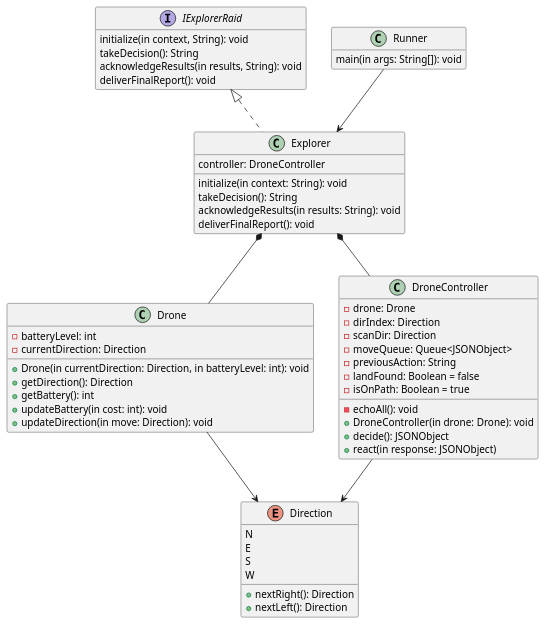
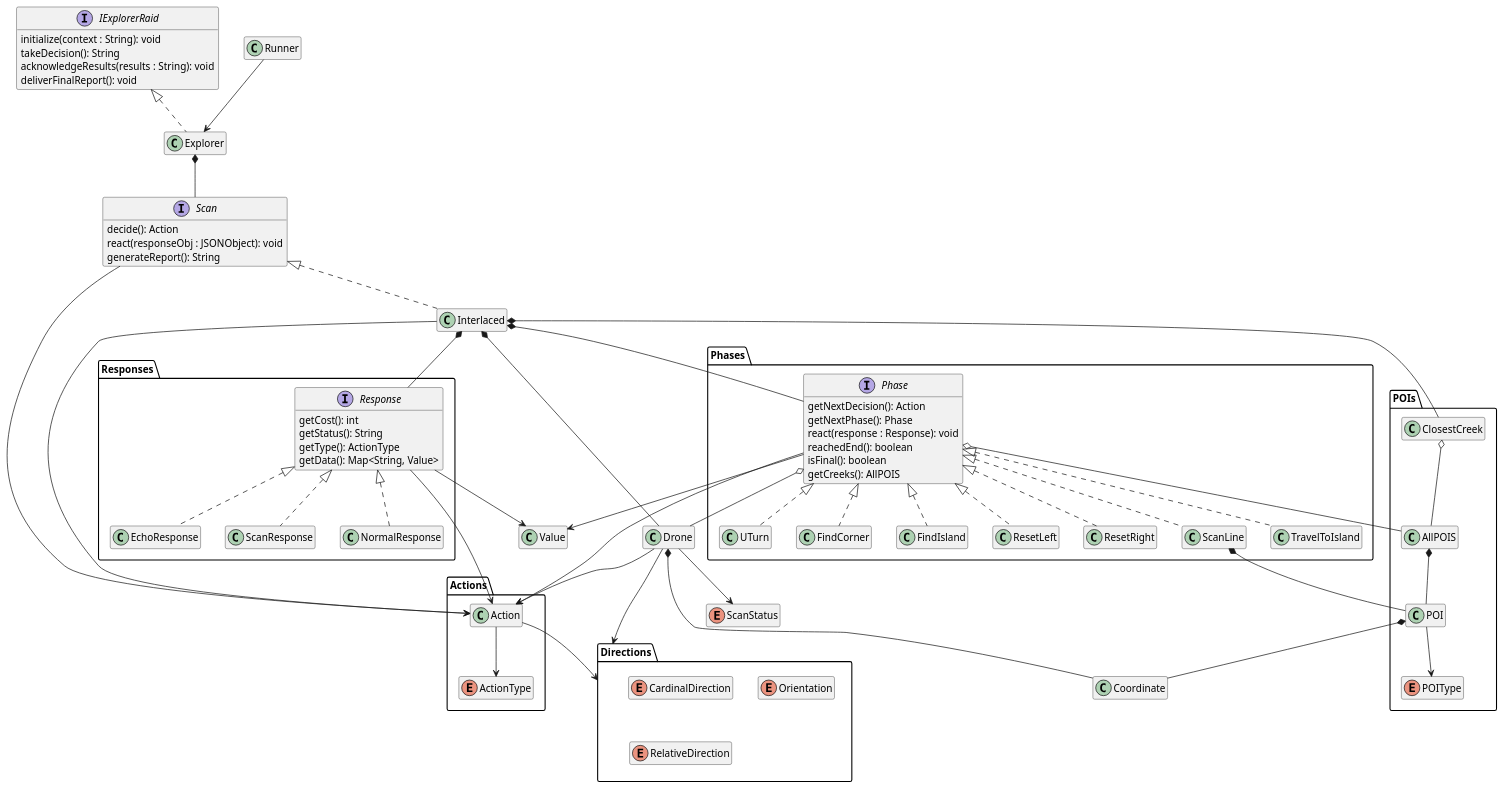
One commit to vikramC04/island-rescue-mission changed the diagram in src/plantuml/class.plantuml. Above: the diagram before and after it, drawn with PlantUML. The commit also changed 26 other files, not shown here.

Commit message:
Created uml diagrams and refactored some packages

```diff
--- a/src/plantuml/class.plantuml
+++ b/src/plantuml/class.plantuml
@@ -1,62 +1,111 @@
 @startuml Class Diagram
 
 interface IExplorerRaid {
-    initialize(in context, String): void
+    initialize(context : String): void
     takeDecision(): String
-    acknowledgeResults(in results, String): void
-    deliverFinalReport(): void
-}
-class Runner {
-    main(in args: String[]): void
-}
-
-class Explorer {
-    controller: DroneController
-    initialize(in context: String): void
-    takeDecision(): String
-    acknowledgeResults(in results: String): void
+    acknowledgeResults(results : String): void
     deliverFinalReport(): void
 }
 
-class Drone {
-    - batteryLevel: int
-    - currentDirection: Direction
-    + Drone(in currentDirection: Direction, in batteryLevel: int): void
-    + getDirection(): Direction
-    + getBattery(): int
-    + updateBattery(in cost: int): void
-    + updateDirection(in move: Direction): void
+package Actions {
+    class Action
+    enum ActionType
+    Action --> ActionType
+}
+Action --> Directions
+
+package Directions {
+    enum CardinalDirection
+    enum Orientation
+    enum RelativeDirection
 }
 
-class DroneController {
-    - drone: Drone
-    - dirIndex: Direction
-    - scanDir: Direction
-    - moveQueue: Queue<JSONObject>
-    - previousAction: String
-    - landFound: Boolean = false
-    - isOnPath: Boolean = true
-    - echoAll(): void
-    + DroneController(in drone: Drone): void
-    + decide(): JSONObject
-    + react(in response: JSONObject)
+package Phases {
+    interface Phase {
+        getNextDecision(): Action
+        getNextPhase(): Phase
+        react(response : Response): void
+        reachedEnd(): boolean
+        isFinal(): boolean
+        getCreeks(): AllPOIS
+    }
+    class FindCorner implements Phase
+    class FindIsland implements Phase
+    class ResetLeft implements Phase
+    class ResetRight implements Phase
+    class ScanLine implements Phase
+    class TravelToIsland implements Phase
+    class UTurn implements Phase
 }
 
-enum Direction {
-    N
-    E
-    S
-    W
-    + nextRight(): Direction
-    + nextLeft(): Direction
+
+package Responses {
+    interface Response {
+        getCost(): int
+        getStatus(): String
+        getType(): ActionType
+        getData(): Map<String, Value>
+    }
+    class NormalResponse implements Response
+    class EchoResponse implements Response
+    class ScanResponse implements Response
 }
+
+package POIs {
+    class AllPOIS
+    class ClosestCreek
+    class POI
+    enum POIType
+    
+    POI --> POIType
+    ClosestCreek o-- AllPOIS
+    AllPOIS *-- POI
+}
+POI *-- Coordinate
+
+interface Scan {
+    decide(): Action
+    react(responseObj : JSONObject): void
+    generateReport(): String
+}
+class Interlaced implements Scan
+
+class Drone
+class Coordinate
+class Explorer
+class Runner
+enum ScanStatus
+class Value
 
 hide empty members
 
 class Explorer implements IExplorerRaid
+
 Runner --> Explorer
-Explorer *-- Drone
-Explorer *-- DroneController
-Drone --> Direction
-DroneController --> Direction
+
+Explorer *-- Scan
+
+Scan --> Action
+
+Interlaced *-- Phase
+Interlaced *-- Drone
+Interlaced *-- ClosestCreek
+Interlaced *-- Response
+Interlaced --> Action
+
+Drone --> Directions
+Drone --> ScanStatus
+Drone *-- Coordinate
+Drone --> Action
+
+Phase o-- Drone
+Phase o-- AllPOIS
+Phase --> Value
+Phase --> Action
+
+Response --> Value
+Response --> Action
+
+ScanLine *-- POI
+
 @enduml
```
